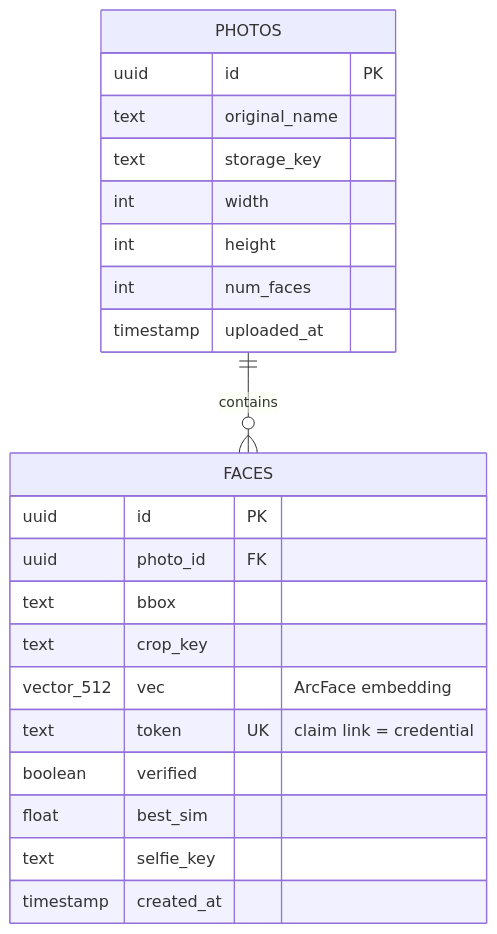
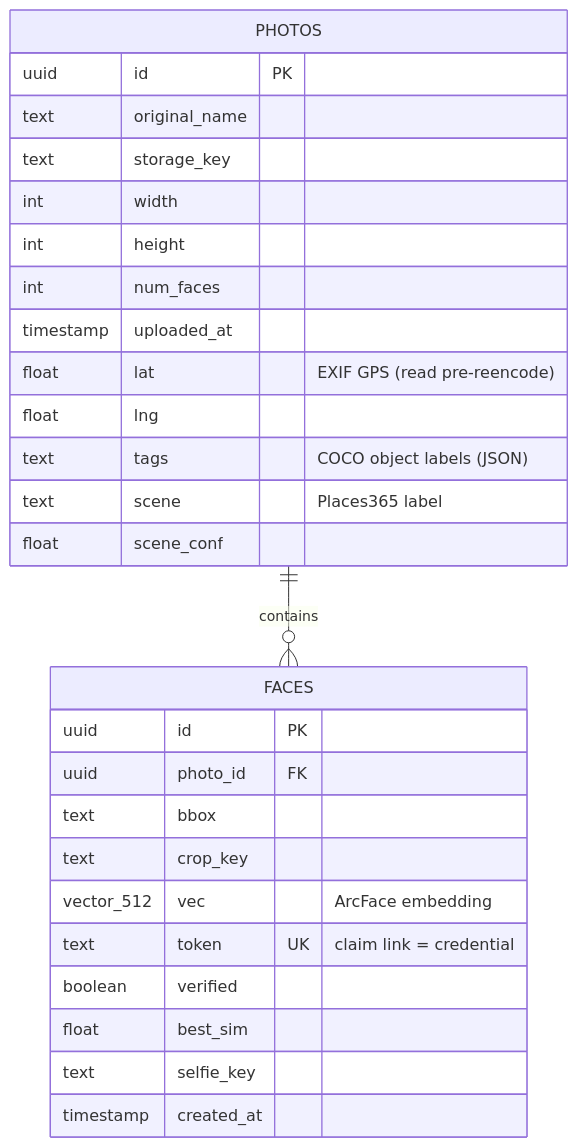
One commit to KumarAnubhav64/peekaboo changed the sixth of 8 diagrams in README.md. Above: the diagram before and after it, drawn with Mermaid. The commit also changed other lines of this file and 21 other files, not shown here.

````diff
--- a/README.md
+++ b/README.md
@@ -123,25 +125,30 @@
 ```mermaid
 erDiagram
     PHOTOS ||--o{ FACES : contains
     PHOTOS {
         uuid id PK
         text original_name
         text storage_key
         int width
         int height
         int num_faces
         timestamp uploaded_at
+        float lat "EXIF GPS (read pre-reencode)"
+        float lng
+        text tags "COCO object labels (JSON)"
+        text scene "Places365 label"
+        float scene_conf
     }
     FACES {
         uuid id PK
         uuid photo_id FK
         text bbox
         text crop_key
         vector_512 vec "ArcFace embedding"
         text token UK "claim link = credential"
         boolean verified
         float best_sim
         text selfie_key
         timestamp created_at
     }
 ```
````
